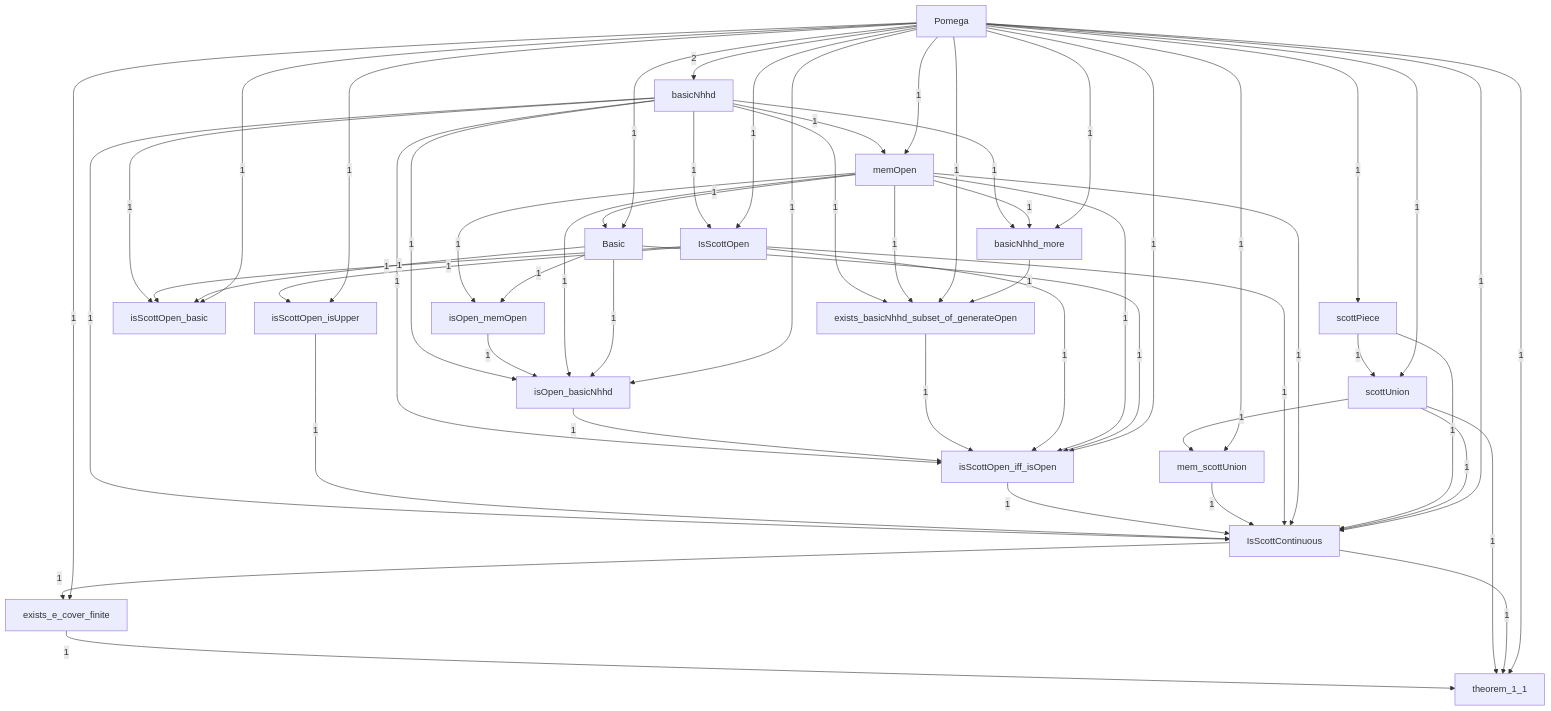
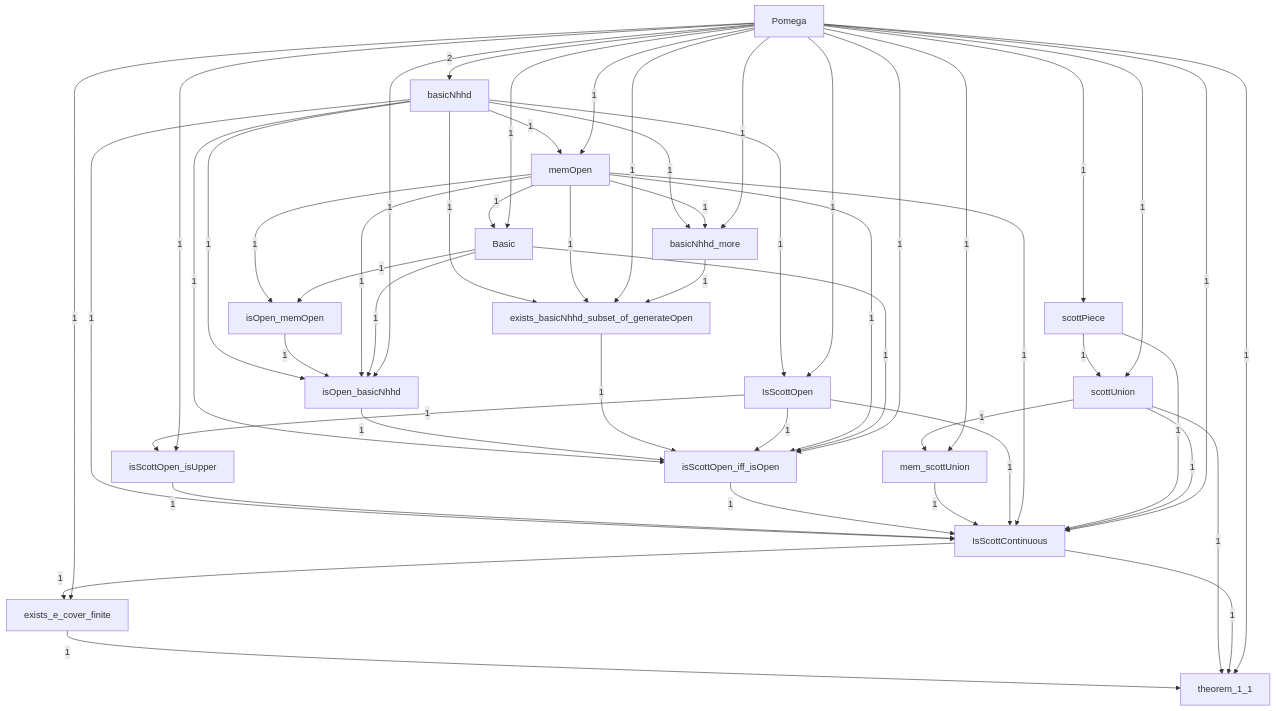
Before and after one commit to catskillsresearch/DomainTheory: the diagram in DomainTheory/DataTypesAsLattices/Continuous/Continuous.mermaid, drawn with Mermaid. The commit also changed 85 other files, not shown here.

```diff
--- a/DomainTheory/DataTypesAsLattices/Continuous/Continuous.mermaid
+++ b/DomainTheory/DataTypesAsLattices/Continuous/Continuous.mermaid
@@ -1,81 +1,76 @@
 %% Inside Continuous. A box is one Lean file in this folder, or one subfolder.
 %% A box named as another folder is that whole folder. A box named as another chapter is that whole chapter.
 %% The arrowhead points at the file or folder that imports. The label is how many direct imports.
 flowchart TB
 
   N7["Basic"]
   N1["basicNhhd"]
   basicNhhd_more["basicNhhd_more"]
   N17["exists_basicNhhd_subset_of_generateOpen"]
   N21["exists_e_cover_finite"]
   N12["isOpen_basicNhhd"]
   N11["isOpen_memOpen"]
   N6["IsScottContinuous"]
   N2["IsScottOpen"]
-  N14["isScottOpen_basic"]
   N18["isScottOpen_iff_isOpen"]
   N15["isScottOpen_isUpper"]
   N19["mem_scottUnion"]
   N3["memOpen"]
   Pomega["Pomega"]
   N4["scottPiece"]
   N5["scottUnion"]
   N23["theorem_1_1"]
 
   Pomega -->|"2"| N1
   N3 -->|"1"| N11
   N7 -->|"1"| N11
   N1 -->|"1"| N12
   N11 -->|"1"| N12
   N3 -->|"1"| N12
   N7 -->|"1"| N12
   Pomega -->|"1"| N12
-  N1 -->|"1"| N14
-  N2 -->|"1"| N14
-  N7 -->|"1"| N14
-  Pomega -->|"1"| N14
   N2 -->|"1"| N15
   Pomega -->|"1"| N15
   N1 -->|"1"| N17
   N3 -->|"1"| N17
   Pomega -->|"1"| N17
   basicNhhd_more -->|"1"| N17
   N1 -->|"1"| N18
   N12 -->|"1"| N18
   N17 -->|"1"| N18
   N2 -->|"1"| N18
   N3 -->|"1"| N18
   N7 -->|"1"| N18
   Pomega -->|"1"| N18
   N5 -->|"1"| N19
   Pomega -->|"1"| N19
   N1 -->|"1"| N2
   Pomega -->|"1"| N2
   N6 -->|"1"| N21
   Pomega -->|"1"| N21
   N21 -->|"1"| N23
   N5 -->|"1"| N23
   N6 -->|"1"| N23
   Pomega -->|"1"| N23
   N1 -->|"1"| N3
   Pomega -->|"1"| N3
   Pomega -->|"1"| N4
   N4 -->|"1"| N5
   Pomega -->|"1"| N5
   N1 -->|"1"| N6
   N15 -->|"1"| N6
   N18 -->|"1"| N6
   N19 -->|"1"| N6
   N2 -->|"1"| N6
   N3 -->|"1"| N6
   N4 -->|"1"| N6
   N5 -->|"1"| N6
   Pomega -->|"1"| N6
   N3 -->|"1"| N7
   Pomega -->|"1"| N7
   N1 -->|"1"| basicNhhd_more
   N3 -->|"1"| basicNhhd_more
   Pomega -->|"1"| basicNhhd_more
 
   classDef file fill:#dbeafe,stroke:#1d4ed8,color:#1e3a8a
   classDef ext fill:#f3f4f6,stroke:#374151,color:#111827
```
